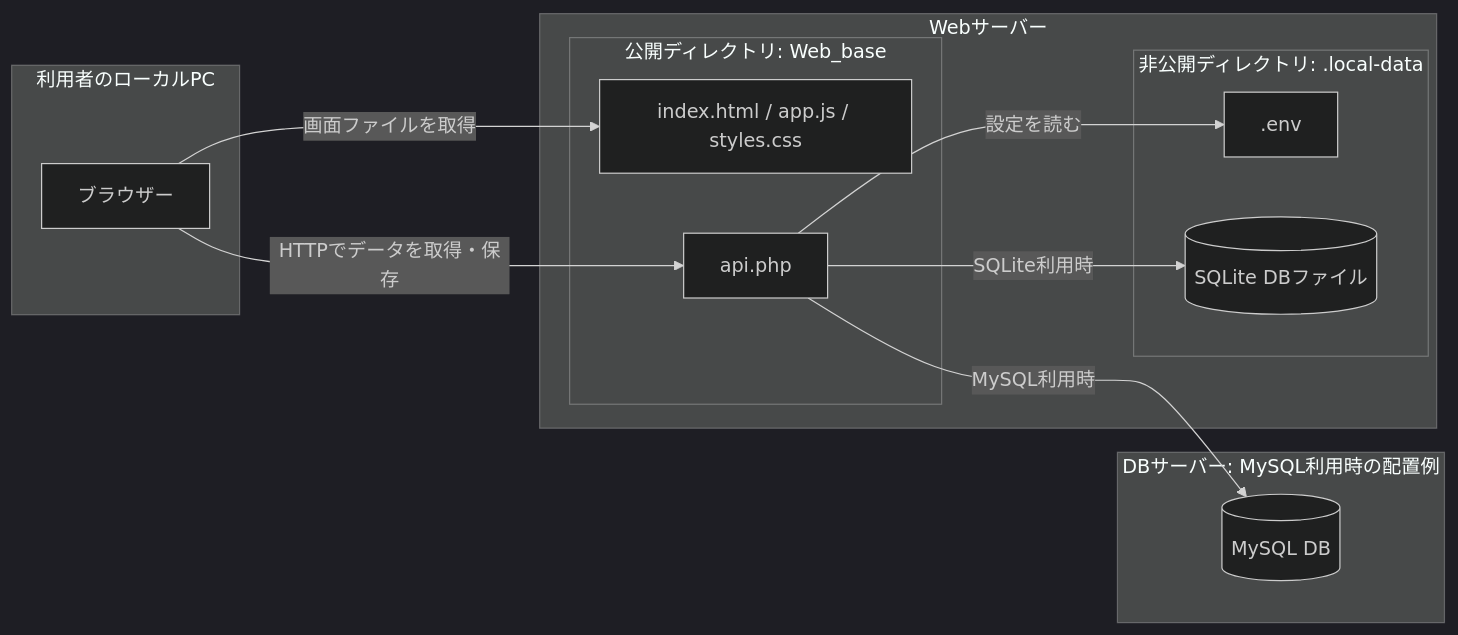
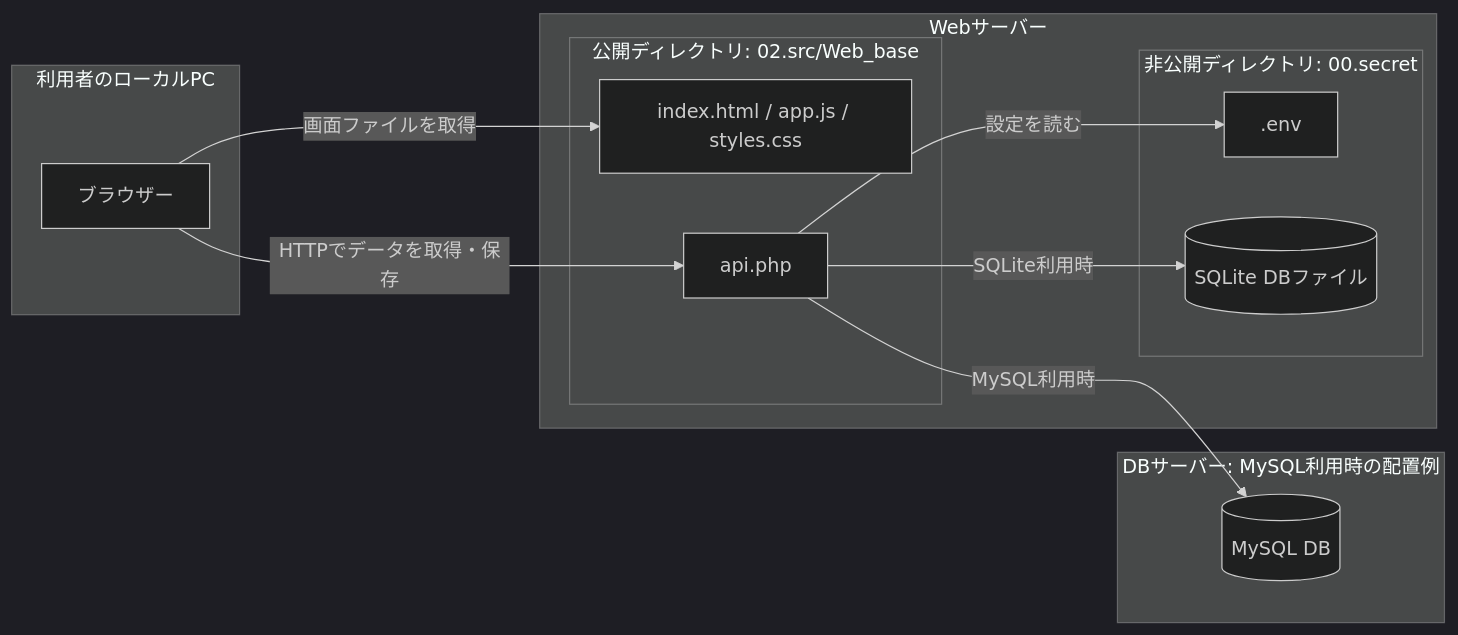
One commit to tamina0624-study/project_manage_tool changed the diagram in README.md. Above: the diagram before and after it, drawn with Mermaid (dark theme). The commit also changed other lines of this file and 28 other files, not shown here.

````diff
--- a/README.md
+++ b/README.md
@@ -24,25 +24,25 @@
 ```mermaid
 flowchart LR
     subgraph local[利用者のローカルPC]
         browser[ブラウザー]
     end
     subgraph web[Webサーバー]
-        subgraph public[公開ディレクトリ: Web_base]
+        subgraph public[公開ディレクトリ: 02.src/Web_base]
             ui[index.html / app.js / styles.css]
             api[api.php]
         end
-        subgraph private[非公開ディレクトリ: .local-data]
+        subgraph private[非公開ディレクトリ: 00.secret]
             config[.env]
             sqlite[(SQLite DBファイル)]
         end
     end
     subgraph database[DBサーバー: MySQL利用時の配置例]
         mysql[(MySQL DB)]
     end
 
     browser -->|画面ファイルを取得| ui
     browser -->|HTTPでデータを取得・保存| api
     api -->|設定を読む| config
     api -->|SQLite利用時| sqlite
     api -->|MySQL利用時| mysql
 ```
````
